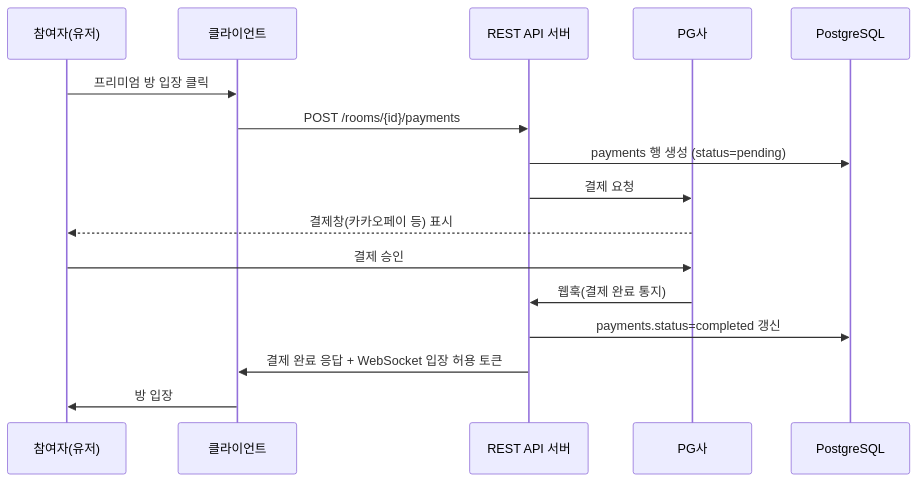
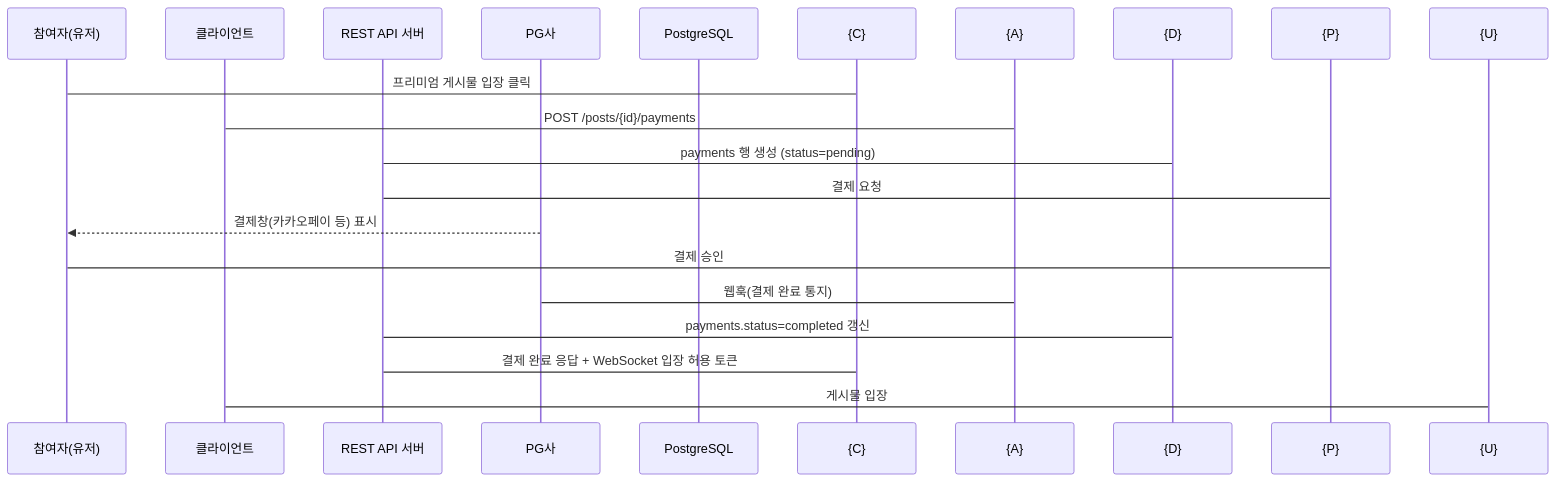
One commit to space-cap/buzz48 changed the diagram in docs/06_결제정산_설계서.md. Above: the diagram before and after it, drawn with Mermaid. The commit also changed other lines of this file and 7 other files, not shown here.

````diff
--- a/docs/06_결제정산_설계서.md
+++ b/docs/06_결제정산_설계서.md
@@ -10,19 +9,19 @@
 ```mermaid
 sequenceDiagram
-    participant U as 참여자(유저)
-    participant C as 클라이언트
-    participant A as REST API 서버
-    participant P as PG사
-    participant D as PostgreSQL
+  participant U as 참여자(유저)
+  participant C as 클라이언트
+  participant A as REST API 서버
+  participant P as PG사
+  participant D as PostgreSQL
 
-    U->>C: 프리미엄 방 입장 클릭
-    C->>A: POST /rooms/{id}/payments
-    A->>D: payments 행 생성 (status=pending)
-    A->>P: 결제 요청
-    P-->>U: 결제창(카카오페이 등) 표시
-    U->>P: 결제 승인
-    P->>A: 웹훅(결제 완료 통지)
-    A->>D: payments.status=completed 갱신
-    A->>C: 결제 완료 응답 + WebSocket 입장 허용 토큰
-    C->>U: 방 입장
+  U->{C}: 프리미엄 게시물 입장 클릭
+  C->{A}: POST /posts/{id}/payments
+  A->{D}: payments 행 생성 (status=pending)
+  A->{P}: 결제 요청
+  P-->>U: 결제창(카카오페이 등) 표시
+  U->{P}: 결제 승인
+  P->{A}: 웹훅(결제 완료 통지)
+  A->{D}: payments.status=completed 갱신
+  A->{C}: 결제 완료 응답 + WebSocket 입장 허용 토큰
+  C->{U}: 게시물 입장
 ```
````
